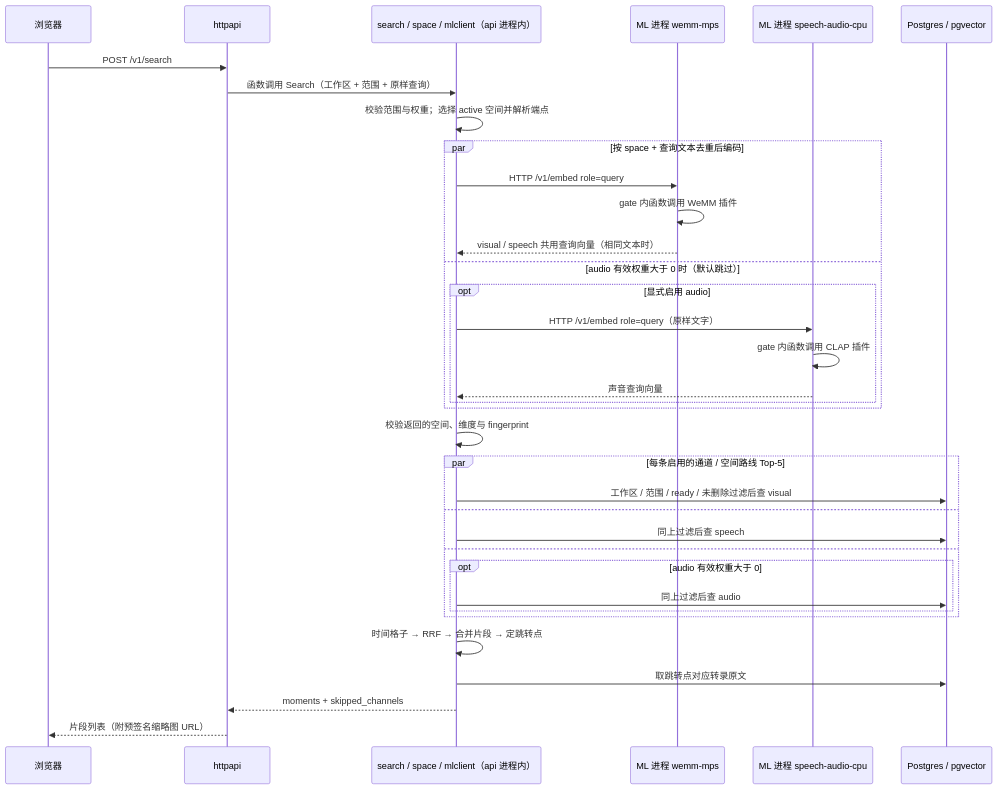
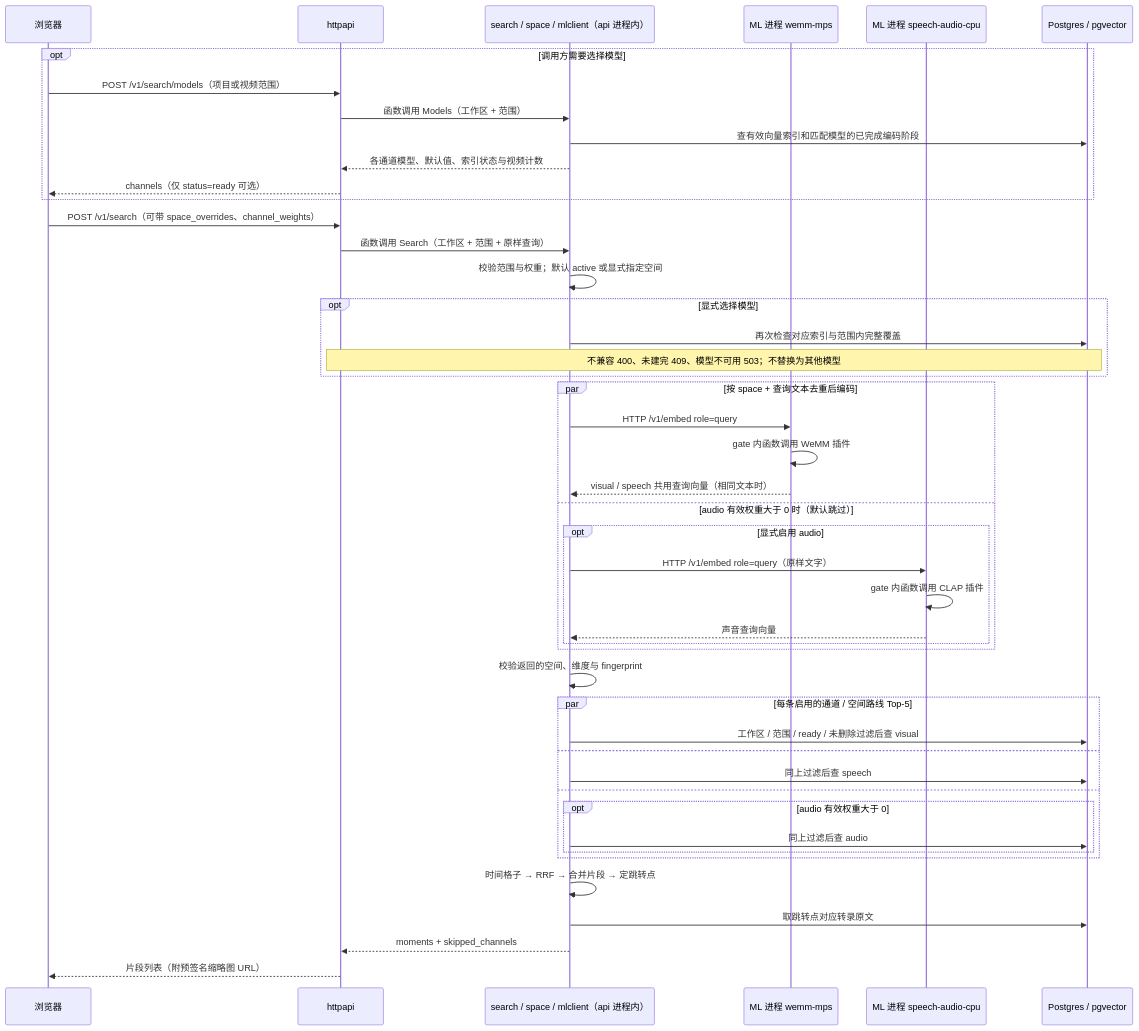
One commit to realOzine/videohelper changed diagram 12 of 19 in docs/design.md. Above: the diagram before and after it, drawn with Mermaid. The commit also changed other lines of this file and 3 other files, not shown here.

````diff
--- a/docs/design.md
+++ b/docs/design.md
@@ -533,38 +533,49 @@
 ```mermaid
 sequenceDiagram
   participant B as 浏览器
   participant A as httpapi
   participant S as search / space / mlclient（api 进程内）
   participant M as ML 进程 wemm-mps
   participant C as ML 进程 speech-audio-cpu
   participant G as Postgres / pgvector
 
-  B->>A: POST /v1/search
+  opt 调用方需要选择模型
+    B->>A: POST /v1/search/models（项目或视频范围）
+    A->>S: 函数调用 Models（工作区 + 范围）
+    S->>G: 查有效向量索引和匹配模型的已完成编码阶段
+    S-->>A: 各通道模型、默认值、索引状态与视频计数
+    A-->>B: channels（仅 status=ready 可选）
+  end
+  B->>A: POST /v1/search（可带 space_overrides、channel_weights）
   A->>S: 函数调用 Search（工作区 + 范围 + 原样查询）
-  S->>S: 校验范围与权重；选择 active 空间并解析端点
+  S->>S: 校验范围与权重；默认 active 或显式指定空间
+  opt 显式选择模型
+    S->>G: 再次检查对应索引与范围内完整覆盖
+    Note over A,G: 不兼容 400、未建完 409、模型不可用 503；不替换为其他模型
+  end
   par 按 space + 查询文本去重后编码
     S->>M: HTTP /v1/embed role=query
     M->>M: gate 内函数调用 WeMM 插件
     M-->>S: visual / speech 共用查询向量（相同文本时）
   and audio 有效权重大于 0 时（默认跳过）
     opt 显式启用 audio
       S->>C: HTTP /v1/embed role=query（原样文字）
       C->>C: gate 内函数调用 CLAP 插件
       C-->>S: 声音查询向量
     end
   end
   S->>S: 校验返回的空间、维度与 fingerprint
   par 每条启用的通道 / 空间路线 Top-5
     S->>G: 工作区 / 范围 / ready / 未删除过滤后查 visual
   and
     S->>G: 同上过滤后查 speech
   and
     opt audio 有效权重大于 0
       S->>G: 同上过滤后查 audio
     end
   end
   S->>S: 时间格子 → RRF → 合并片段 → 定跳转点
   S->>G: 取跳转点对应转录原文
   S-->>A: moments + skipped_channels
   A-->>B: 片段列表（附预签名缩略图 URL）
 ```
````
